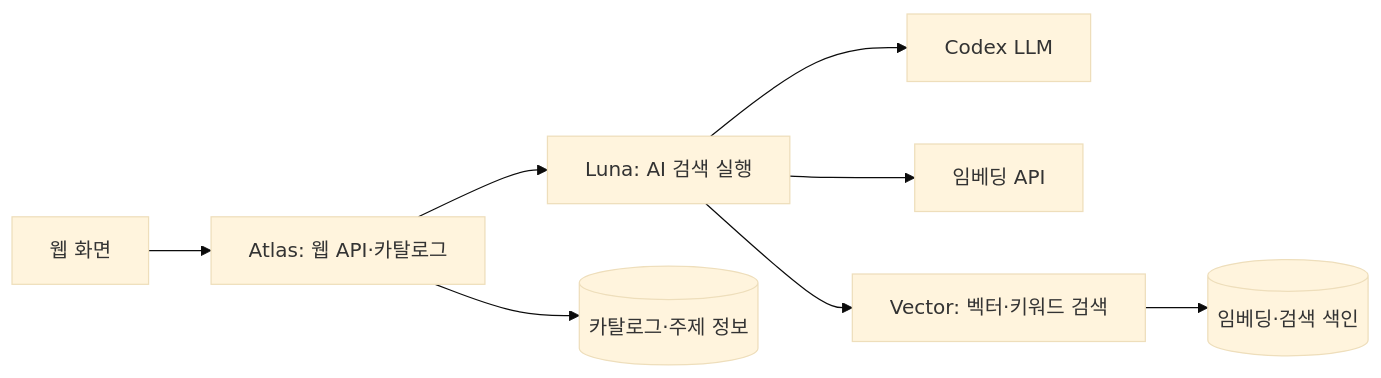
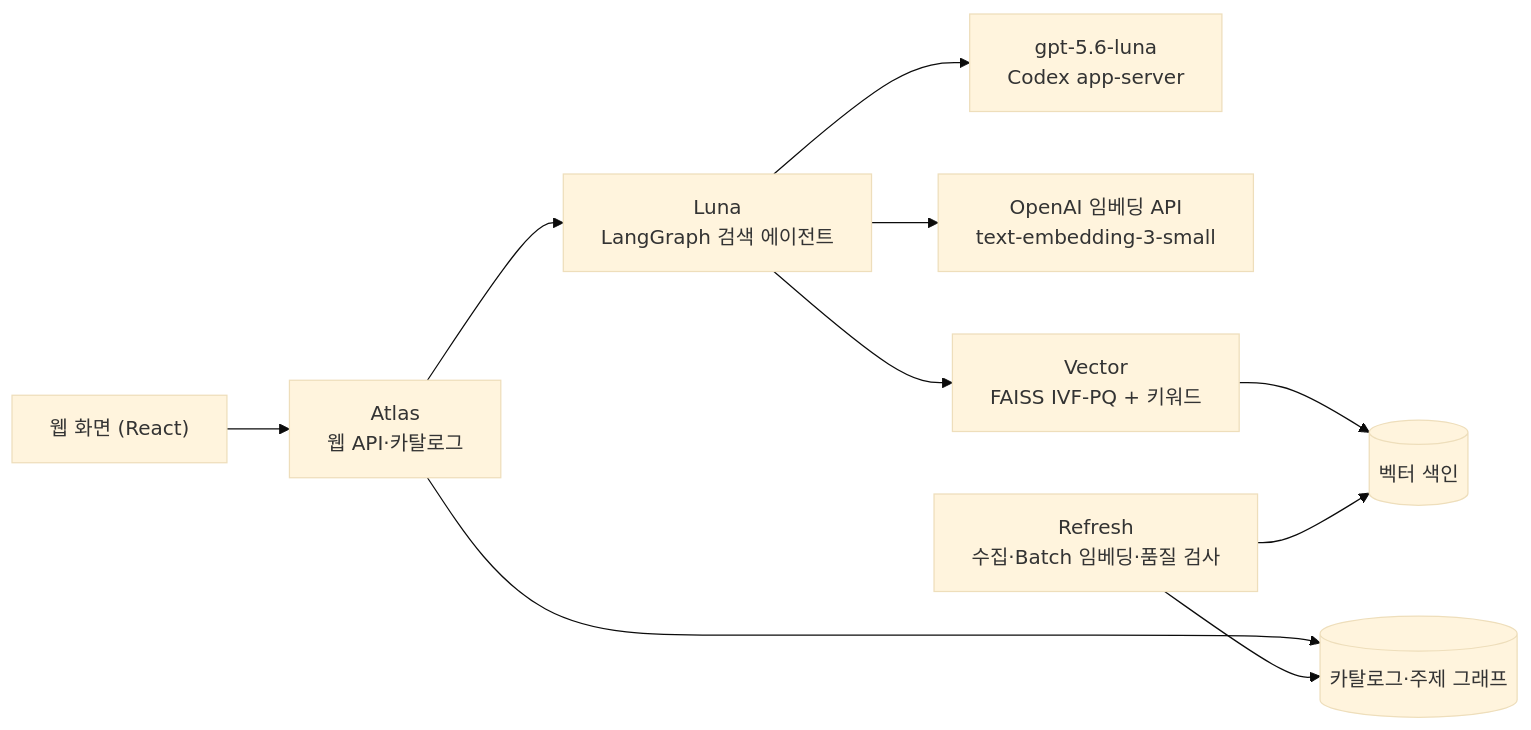
One commit to ManziGit/Dataieum changed the second of 2 diagrams in README.md. Above: the diagram before and after it, drawn with Mermaid (base theme). The commit also changed other lines of this file and 3 other files, not shown here.

````diff
--- a/README.md
+++ b/README.md
@@ -21,10 +166,12 @@
 ```mermaid
 flowchart LR
-    UI[웹 화면] --> Atlas[Atlas: 웹 API·카탈로그]
-    Atlas --> Luna[Luna: AI 검색 실행]
-    Luna --> LLM[Codex LLM]
-    Luna --> Embed[임베딩 API]
-    Luna --> Vector[Vector: 벡터·키워드 검색]
-    Atlas --> Catalog[(카탈로그·주제 정보)]
-    Vector --> Index[(임베딩·검색 색인)]
+    UI["웹 화면 (React)"] --> Atlas["Atlas<br/>웹 API·카탈로그"]
+    Atlas --> Luna["Luna<br/>LangGraph 검색 에이전트"]
+    Luna --> LLM["gpt-5.6-luna<br/>Codex app-server"]
+    Luna --> Embed["OpenAI 임베딩 API<br/>text-embedding-3-small"]
+    Luna --> Vector["Vector<br/>FAISS IVF-PQ + 키워드"]
+    Atlas --> Catalog[("카탈로그·주제 그래프")]
+    Vector --> Index[("벡터 색인")]
+    Refresh["Refresh<br/>수집·Batch 임베딩·품질 검사"] --> Catalog
+    Refresh --> Index
 ```
````
